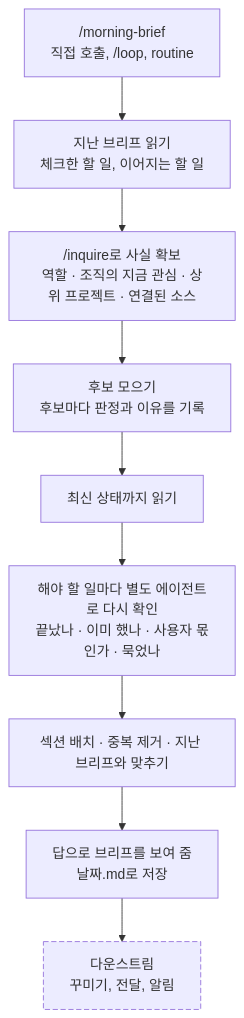
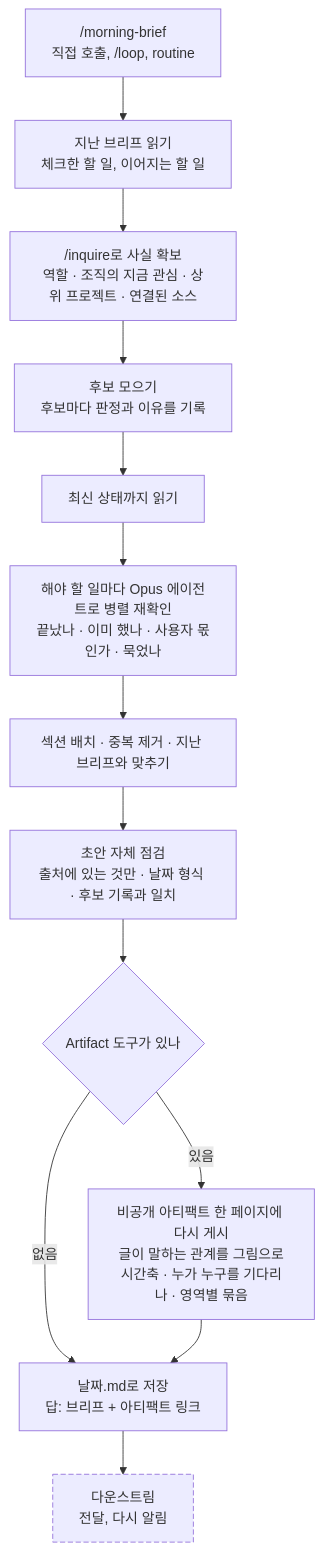
Before and after one commit to jongwony/cc-plugin: the diagram in morning-brief/README.md, drawn with Mermaid. The commit also changed other lines of this file and 5 other files, not shown here.

````diff
--- a/morning-brief/README.md
+++ b/morning-brief/README.md
@@ -9,12 +9,16 @@
 ```mermaid
 flowchart TD
   A["/morning-brief<br/>직접 호출, /loop, routine"] --> B["지난 브리프 읽기<br/>체크한 할 일, 이어지는 할 일"]
   B --> C["/inquire로 사실 확보<br/>역할 · 조직의 지금 관심 · 상위 프로젝트 · 연결된 소스"]
   C --> E["후보 모으기<br/>후보마다 판정과 이유를 기록"]
   E --> F["최신 상태까지 읽기"]
-  F --> G["해야 할 일마다 별도 에이전트로 다시 확인<br/>끝났나 · 이미 했나 · 사용자 몫인가 · 묵었나"]
+  F --> G["해야 할 일마다 Opus 에이전트로 병렬 재확인<br/>끝났나 · 이미 했나 · 사용자 몫인가 · 묵었나"]
   G --> H["섹션 배치 · 중복 제거 · 지난 브리프와 맞추기"]
-  H --> I["답으로 브리프를 보여 줌<br/>날짜.md로 저장"]
-  I --> J["다운스트림<br/>꾸미기, 전달, 알림"]:::down
+  H --> K["초안 자체 점검<br/>출처에 있는 것만 · 날짜 형식 · 후보 기록과 일치"]
+  K --> V{"Artifact 도구가 있나"}
+  V -- "있음" --> P["비공개 아티팩트 한 페이지에 다시 게시<br/>글이 말하는 관계를 그림으로<br/>시간축 · 누가 누구를 기다리나 · 영역별 묶음"]
+  V -- "없음" --> I
+  P --> I["날짜.md로 저장<br/>답: 브리프 + 아티팩트 링크"]
+  I --> J["다운스트림<br/>전달, 다시 알림"]:::down
   classDef down stroke-dasharray:6 3
 ```
````
